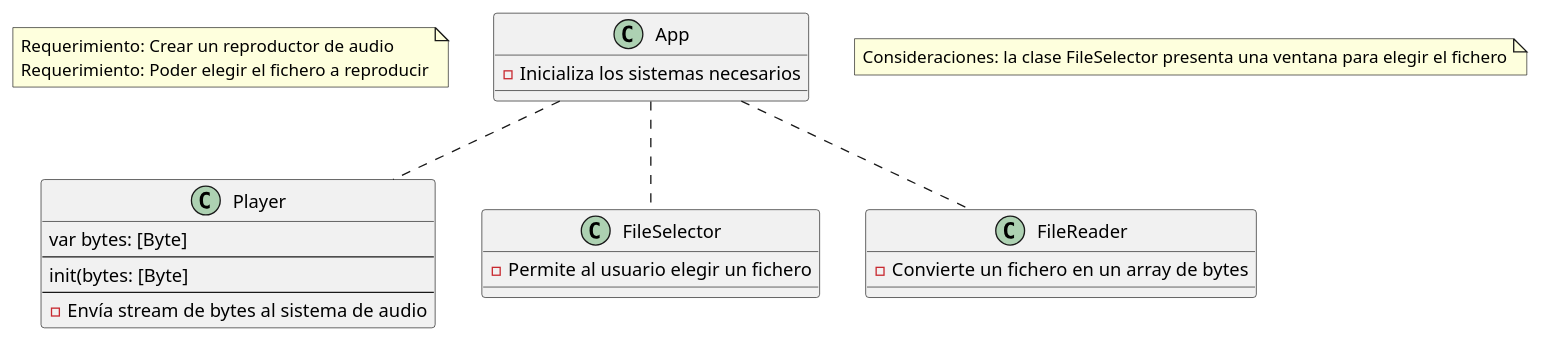
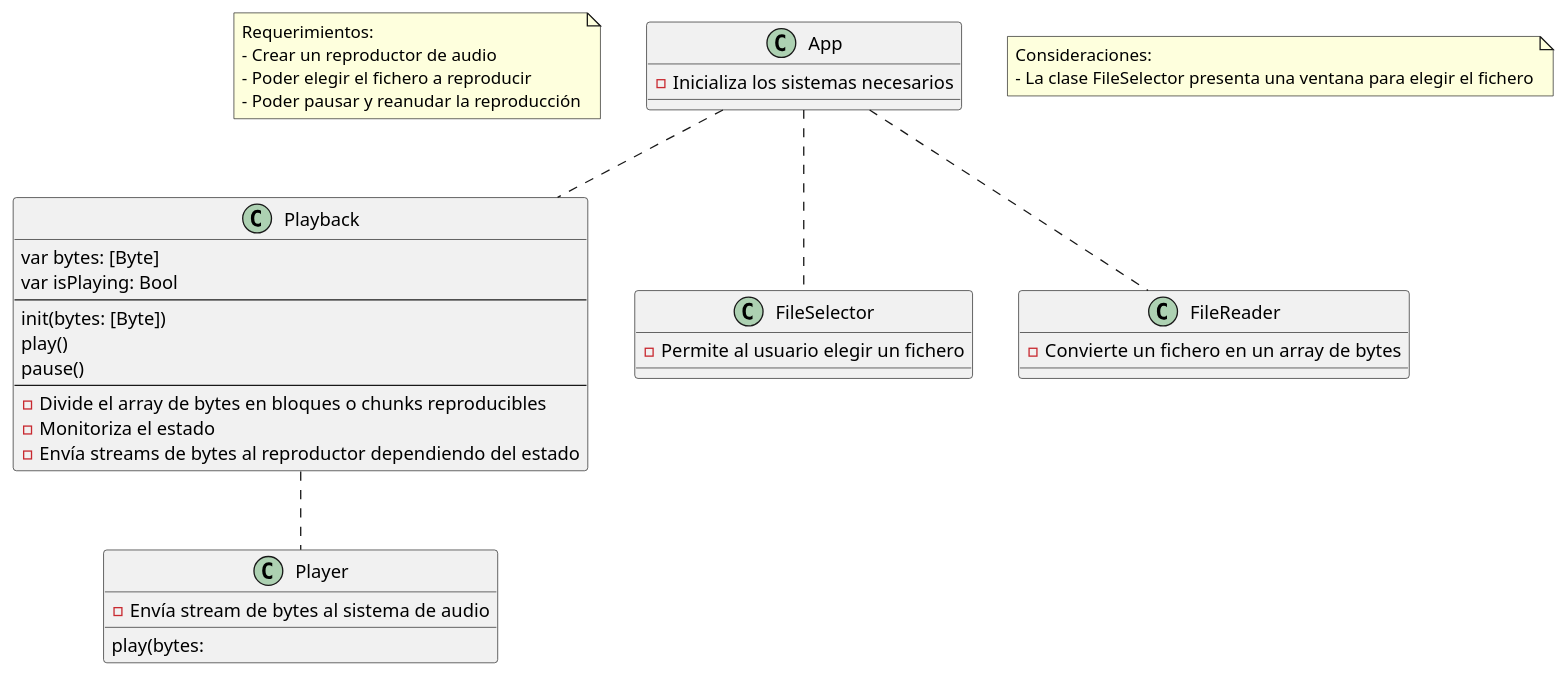
Before and after one commit to EverisMobileTeam/meetupDise-oReproductorDeAudio: the diagram in Clases.plantuml, drawn with PlantUML. The commit also changed 1 other file, not shown here.

Commit message:
[WIP] Requerimiento: controlar reproducción de audio

```diff
--- a/Clases.plantuml
+++ b/Clases.plantuml
@@ -1,31 +1,50 @@
 @startuml
 
-note "Requerimiento: Crear un reproductor de audio\nRequerimiento: Poder elegir el fichero a reproducir" as Requerimiento1
+note as Requerimientos
+    Requerimientos: 
+    - Crear un reproductor de audio
+    - Poder elegir el fichero a reproducir
+    - Poder pausar y reanudar la reproducción
+end note 
 
 class Player {
+    play(bytes: 
+    - Envía stream de bytes al sistema de audio
+}
+
+class Playback {
     var bytes: [Byte]
+    var isPlaying: Bool
     --
-    init(bytes: [Byte]
+    init(bytes: [Byte])
+    play()
+    pause()
     --
-    - Envía stream de bytes al sistema de audio
+    - Divide el array de bytes en bloques o chunks reproducibles
+    - Monitoriza el estado
+    - Envía streams de bytes al reproductor dependiendo del estado
 }
 
 class FileSelector {
     - Permite al usuario elegir un fichero
 }
 
 class FileReader {
     - Convierte un fichero en un array de bytes
 }
 
 class App {
     - Inicializa los sistemas necesarios
 }
 
 App .. FileSelector
 App .. FileReader
-App .. Player
+App .. Playback
+Playback .. Player
 
-note "Consideraciones: la clase FileSelector presenta una ventana para elegir el fichero" as Consideracion1
+note as Consideraciones
+    Consideraciones:
+    - La clase FileSelector presenta una ventana para elegir el fichero
+end note
 
 @enduml
```
